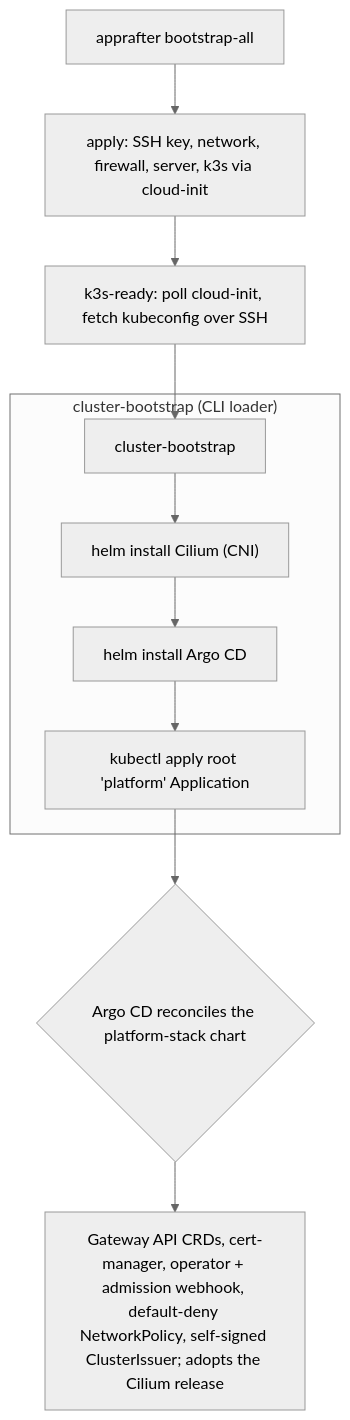
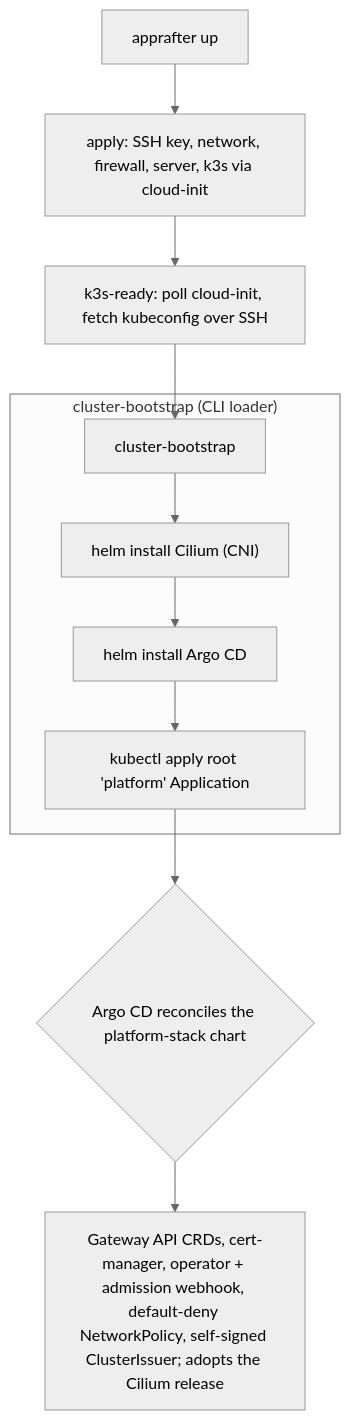
One commit to AppRafter/apprafter changed the diagram in docs/operator-guide/quickstart.md. Above: the diagram before and after it, drawn with Mermaid (neutral theme). The commit also changed other lines of this file and 17 other files, not shown here.

````diff
--- a/docs/operator-guide/quickstart.md
+++ b/docs/operator-guide/quickstart.md
@@ -193,13 +192,13 @@
 ```mermaid
 flowchart TD
-    A["apprafter bootstrap-all"] --> B["apply: SSH key, network, firewall, server, k3s via cloud-init"]
+    A["apprafter up"] --> B["apply: SSH key, network, firewall, server, k3s via cloud-init"]
     B --> C["k3s-ready: poll cloud-init, fetch kubeconfig over SSH"]
     C --> D["cluster-bootstrap"]
     subgraph loader["cluster-bootstrap (CLI loader)"]
         D --> E["helm install Cilium (CNI)"]
         E --> F["helm install Argo CD"]
         F --> G["kubectl apply root 'platform' Application"]
     end
     G --> H{"Argo CD reconciles the platform-stack chart"}
     H --> I["Gateway API CRDs, cert-manager, operator + admission webhook, default-deny NetworkPolicy, self-signed ClusterIssuer; adopts the Cilium release"]
 ```
````
